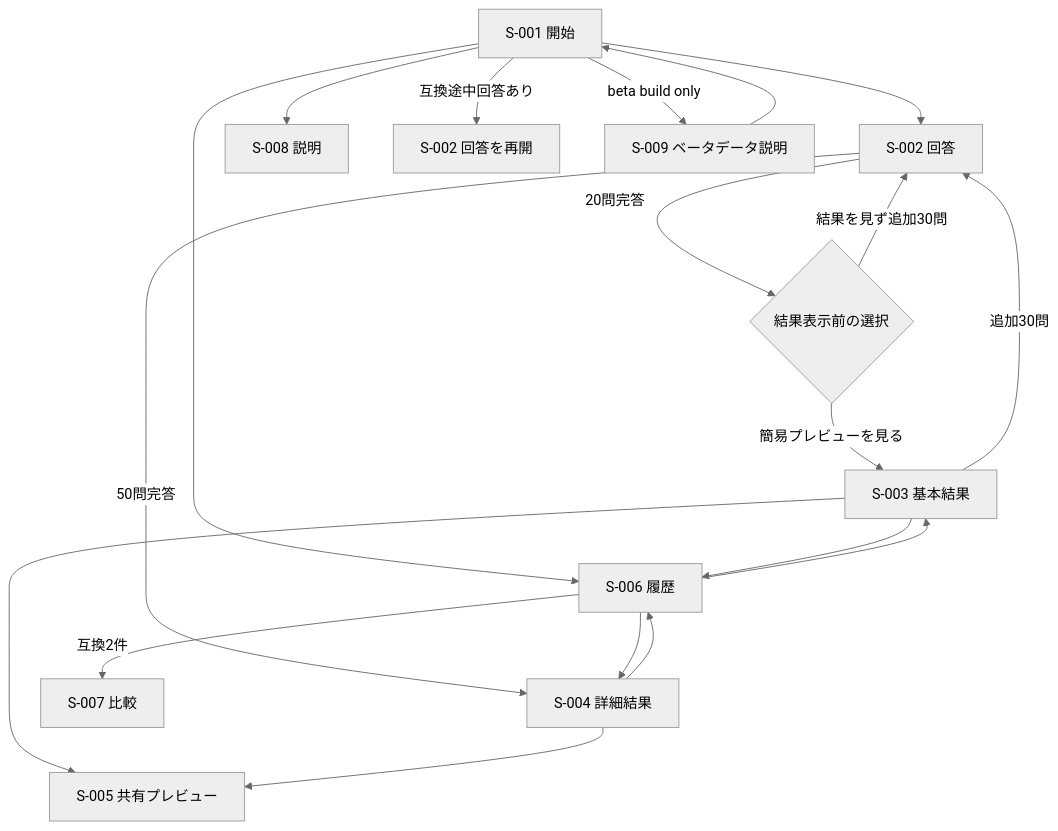
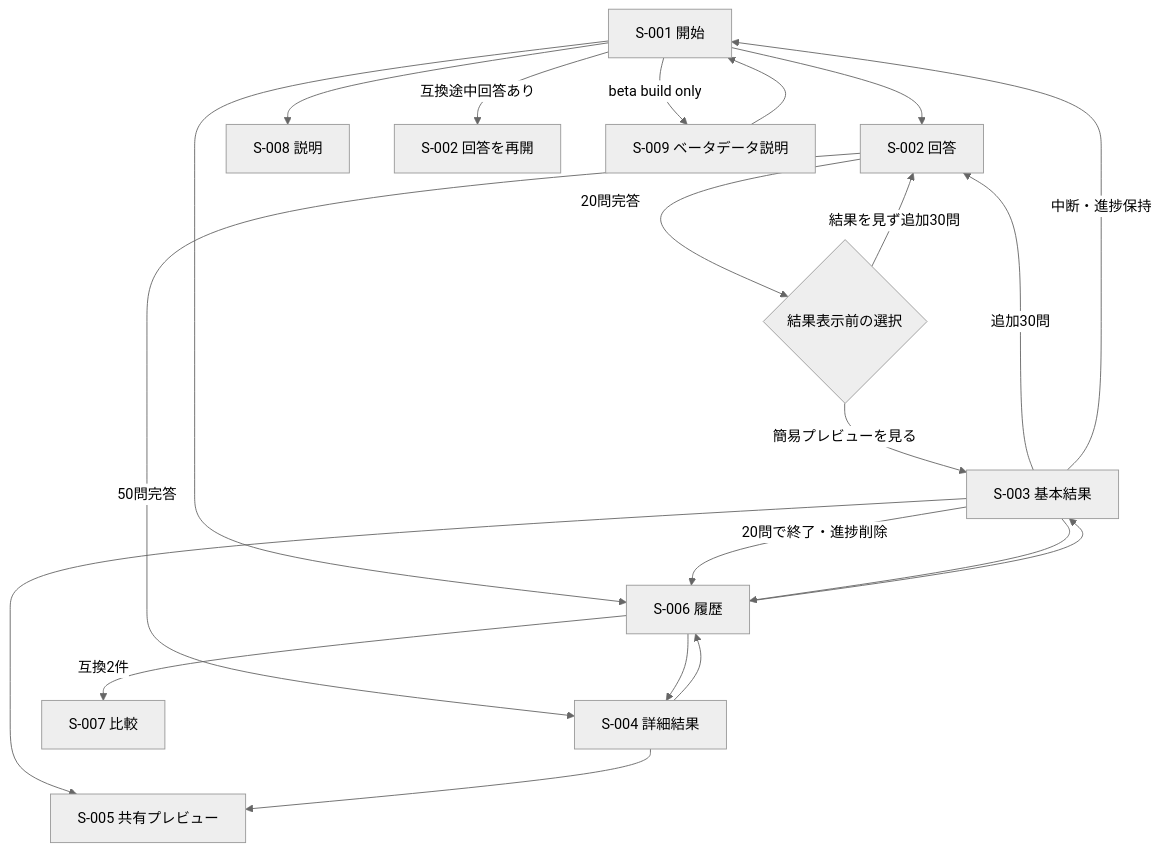
Before and after one commit to gerupon-lgtm/big-five: the diagram in docs/screens.md, drawn with Mermaid (neutral theme). The commit also changed other lines of this file and 10 other files, not shown here.

````diff
--- a/docs/screens.md
+++ b/docs/screens.md
@@ -41,21 +41,23 @@
 ```mermaid
 flowchart TD
     Start["S-001 開始"] --> Answer["S-002 回答"]
     Start --> History["S-006 履歴"]
     Start --> About["S-008 説明"]
     Start -->|互換途中回答あり| Resume["S-002 回答を再開"]
     Answer -->|20問完答| Choice{"結果表示前の選択"}
     Choice -->|簡易プレビューを見る| Preview["S-003 基本結果"]
     Choice -->|結果を見ず追加30問| Answer
     Preview -->|追加30問| Answer
+    Preview -->|中断・進捗保持| Start
+    Preview -->|20問で終了・進捗削除| History
     Answer -->|50問完答| Detail["S-004 詳細結果"]
     Preview --> Share["S-005 共有プレビュー"]
     Detail --> Share
     History --> Preview
     History --> Detail
     History -->|互換2件| Compare["S-007 比較"]
     Preview --> History
     Detail --> History
     Start -->|beta build only| Beta["S-009 ベータデータ説明"]
     Beta --> Start
 ```
````
